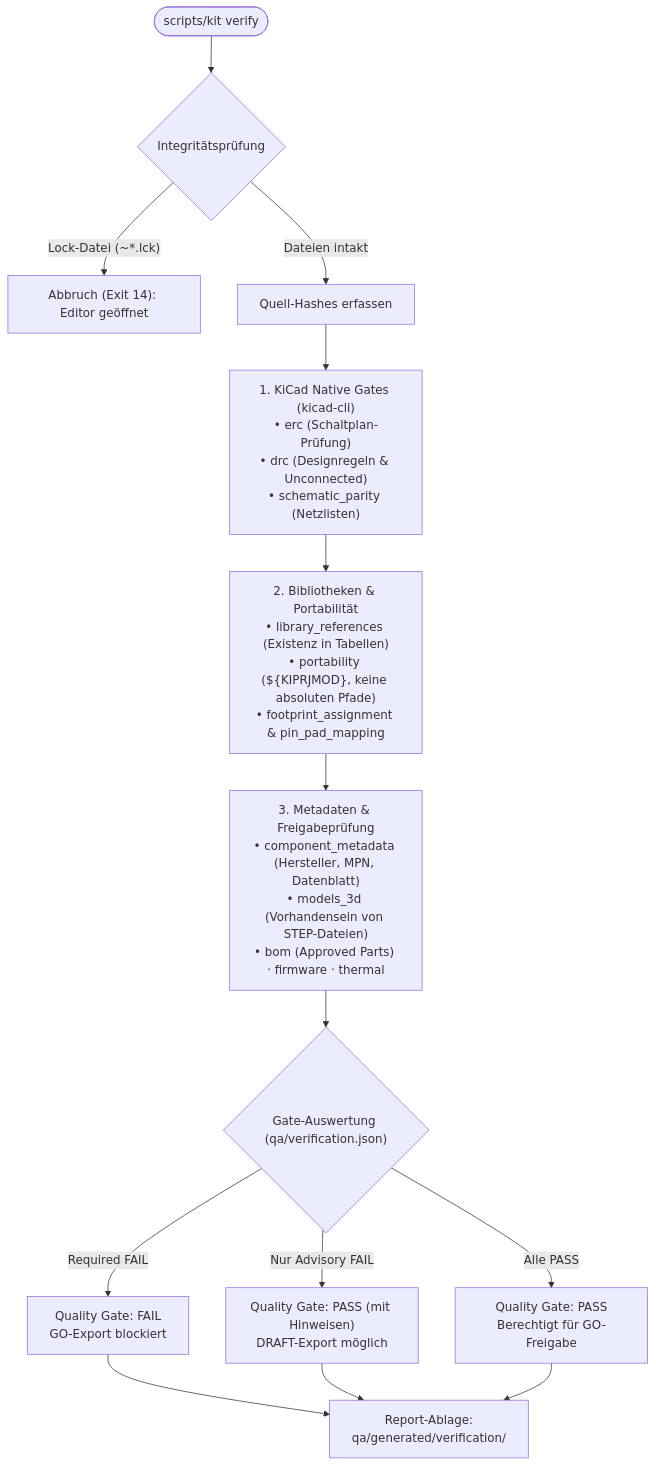
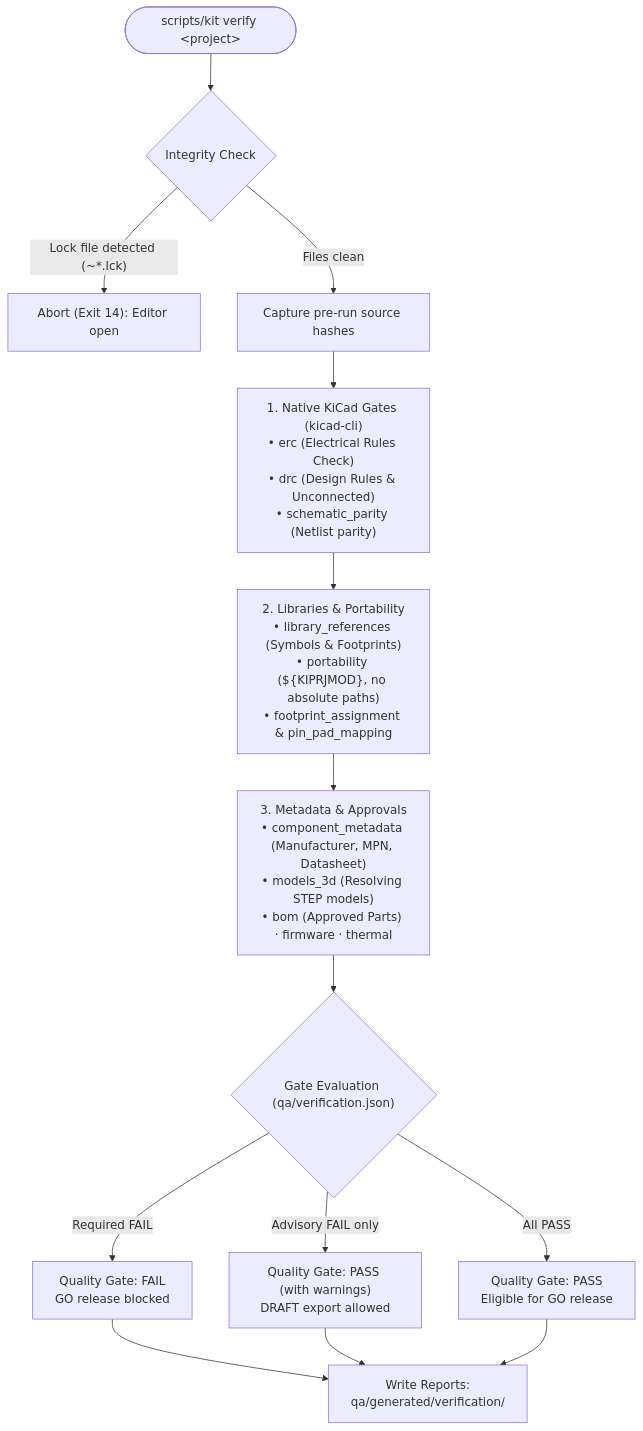
Before and after one commit to CagriCatik/PCB-Project-Template: the diagram in docs/VERIFICATION.md, drawn with Mermaid. The commit also changed 18 other files, not shown here.

````diff
--- a/docs/VERIFICATION.md
+++ b/docs/VERIFICATION.md
@@ -32,20 +32,20 @@
 ```mermaid
 flowchart TD
-    START(["scripts/kit verify"]) --> PRE_CHECK{"Integritätsprüfung"}
-    PRE_CHECK -->|"Lock-Datei (~*.lck)"| ABORT_LCK["Abbruch (Exit 14): Editor geöffnet"]
-    PRE_CHECK -->|"Dateien intakt"| SNAPSHOT["Quell-Hashes erfassen"]
+    START(["scripts/kit verify &lt;project&gt;"]) --> PRE_CHECK{"Integrity Check"}
+    PRE_CHECK -->|"Lock file detected (~*.lck)"| ABORT_LCK["Abort (Exit 14): Editor open"]
+    PRE_CHECK -->|"Files clean"| SNAPSHOT["Capture pre-run source hashes"]
 
-    SNAPSHOT --> G_NATIVE["1. KiCad Native Gates (kicad-cli)<br/>• erc (Schaltplan-Prüfung)<br/>• drc (Designregeln & Unconnected)<br/>• schematic_parity (Netzlisten)"]
-    G_NATIVE --> G_PORT["2. Bibliotheken & Portabilität<br/>• library_references (Existenz in Tabellen)<br/>• portability (${KIPRJMOD}, keine absoluten Pfade)<br/>• footprint_assignment & pin_pad_mapping"]
-    G_PORT --> G_META["3. Metadaten & Freigabeprüfung<br/>• component_metadata (Hersteller, MPN, Datenblatt)<br/>• models_3d (Vorhandensein von STEP-Dateien)<br/>• bom (Approved Parts) · firmware · thermal"]
+    SNAPSHOT --> G_NATIVE["1. Native KiCad Gates (kicad-cli)<br/>• erc (Electrical Rules Check)<br/>• drc (Design Rules &amp; Unconnected)<br/>• schematic_parity (Netlist parity)"]
+    G_NATIVE --> G_PORT["2. Libraries &amp; Portability<br/>• library_references (Symbols &amp; Footprints)<br/>• portability (${KIPRJMOD}, no absolute paths)<br/>• footprint_assignment &amp; pin_pad_mapping"]
+    G_PORT --> G_META["3. Metadata &amp; Approvals<br/>• component_metadata (Manufacturer, MPN, Datasheet)<br/>• models_3d (Resolving STEP models)<br/>• bom (Approved Parts) · firmware · thermal"]
 
-    G_META --> EVAL{"Gate-Auswertung (qa/verification.json)"}
+    G_META --> EVAL{"Gate Evaluation (qa/verification.json)"}
 
-    EVAL -->|"Required FAIL"| RES_FAIL["Quality Gate: FAIL<br/>GO-Export blockiert"]
-    EVAL -->|"Nur Advisory FAIL"| RES_WARN["Quality Gate: PASS (mit Hinweisen)<br/>DRAFT-Export möglich"]
-    EVAL -->|"Alle PASS"| RES_PASS["Quality Gate: PASS<br/>Berechtigt für GO-Freigabe"]
+    EVAL -->|"Required FAIL"| RES_FAIL["Quality Gate: FAIL<br/>GO release blocked"]
+    EVAL -->|"Advisory FAIL only"| RES_WARN["Quality Gate: PASS (with warnings)<br/>DRAFT export allowed"]
+    EVAL -->|"All PASS"| RES_PASS["Quality Gate: PASS<br/>Eligible for GO release"]
 
-    RES_FAIL --> REPORT["Report-Ablage:<br/>qa/generated/verification/"]
+    RES_FAIL --> REPORT["Write Reports:<br/>qa/generated/verification/"]
     RES_WARN --> REPORT
     RES_PASS --> REPORT
 ```
````
